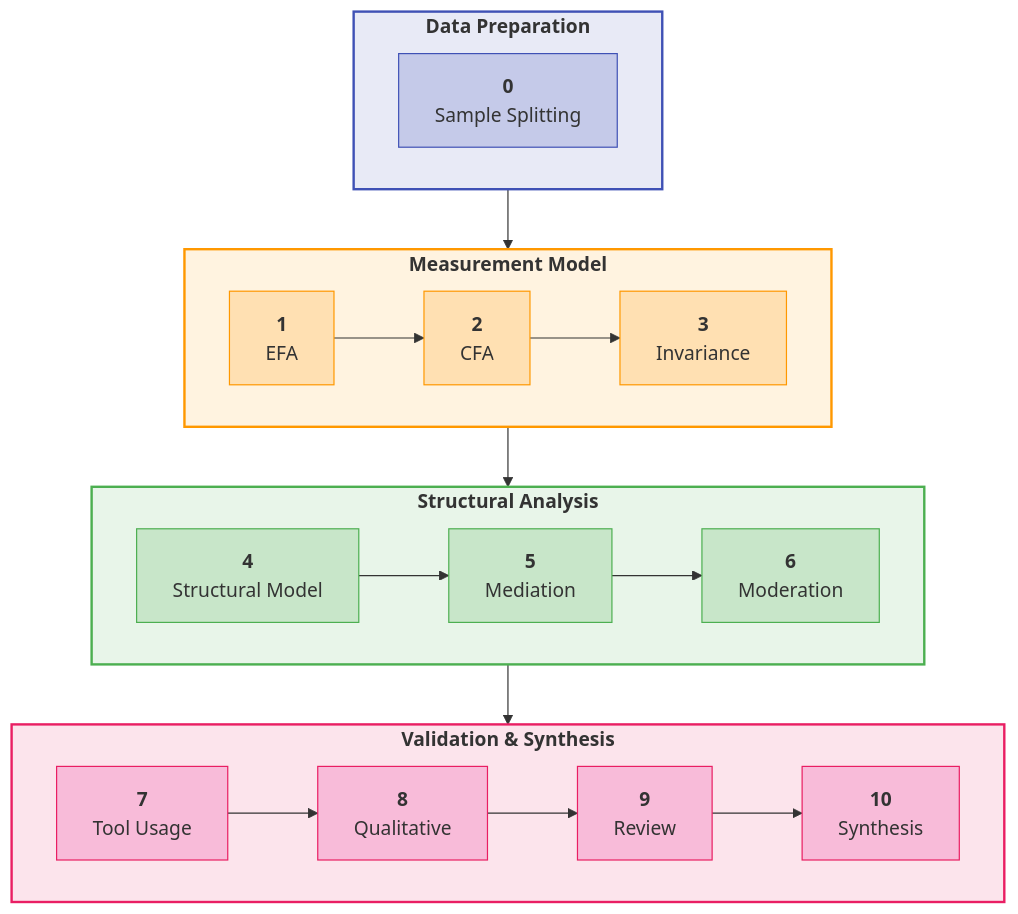
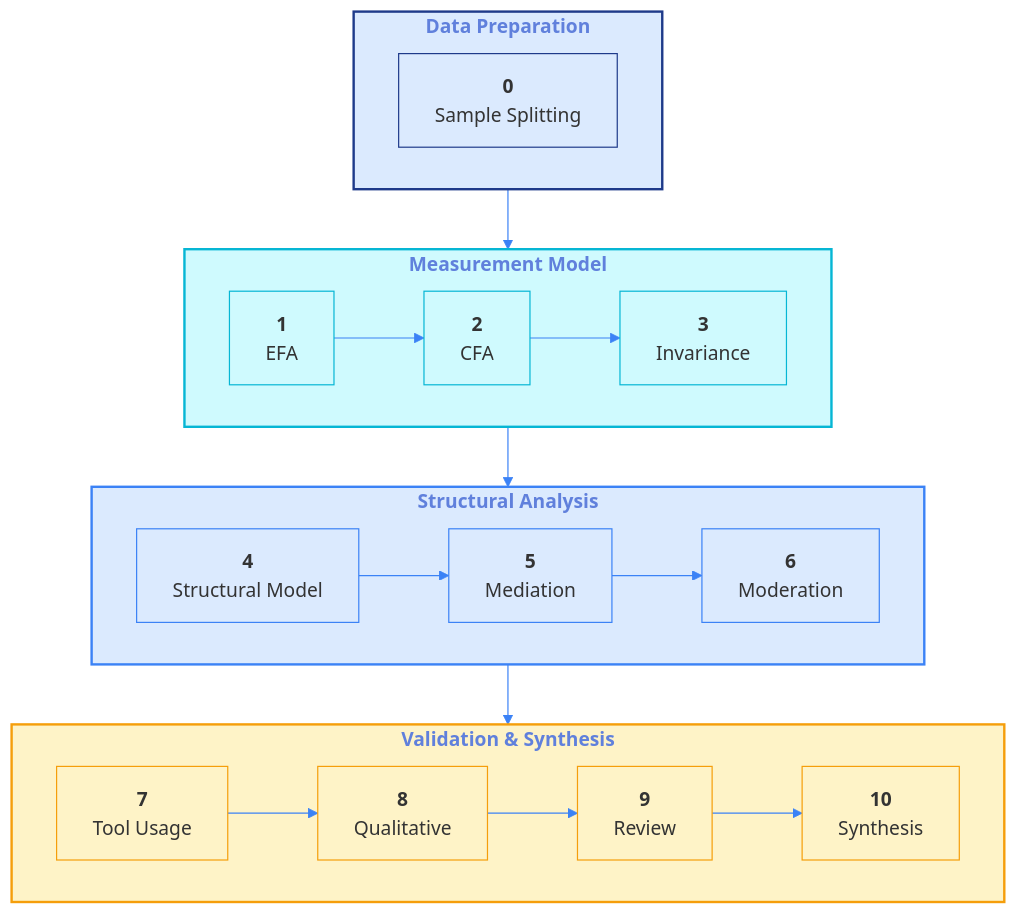
The first of 3 diagrams in thesis-v2/manuscript/chapters/03_methodology.md (fabioc-aloha/AIRS_Data_Analysis), drawn with Mermaid before and after one commit. The commit also changed other lines of this file and 13 other files, not shown here.

Commit message:
thesis-v2: apply project palette (#1e3a8a, #3b82f6, #06b6d4, #f59e0b) to Mermaid diagrams

````diff
--- a/thesis-v2/manuscript/chapters/03_methodology.md
+++ b/thesis-v2/manuscript/chapters/03_methodology.md
@@ -354,39 +354,40 @@
 ```mermaid
+%%{init: {'theme': 'base', 'themeVariables': {'primaryColor': '#1e3a8a', 'lineColor': '#3b82f6'}}}%%
 flowchart TB
     subgraph stage1["<b>Data Preparation</b>"]
         P0["<b>0</b><br/>Sample Splitting"]
     end
 
     subgraph stage2["<b>Measurement Model</b>"]
         direction LR
         P1["<b>1</b><br/>EFA"] --> P2["<b>2</b><br/>CFA"] --> P3["<b>3</b><br/>Invariance"]
     end
 
     subgraph stage3["<b>Structural Analysis</b>"]
         direction LR
         P4["<b>4</b><br/>Structural Model"] --> P5["<b>5</b><br/>Mediation"] --> P6["<b>6</b><br/>Moderation"]
     end
 
     subgraph stage4["<b>Validation & Synthesis</b>"]
         direction LR
         P7["<b>7</b><br/>Tool Usage"] --> P8["<b>8</b><br/>Qualitative"] --> P9["<b>9</b><br/>Review"] --> P10["<b>10</b><br/>Synthesis"]
     end
 
     stage1 --> stage2 --> stage3 --> stage4
 
-    style stage1 fill:#e8eaf6,stroke:#3f51b5,stroke-width:2px
-    style stage2 fill:#fff3e0,stroke:#ff9800,stroke-width:2px
-    style stage3 fill:#e8f5e9,stroke:#4caf50,stroke-width:2px
-    style stage4 fill:#fce4ec,stroke:#e91e63,stroke-width:2px
-    style P0 fill:#c5cae9,stroke:#3f51b5
-    style P1 fill:#ffe0b2,stroke:#ff9800
-    style P2 fill:#ffe0b2,stroke:#ff9800
-    style P3 fill:#ffe0b2,stroke:#ff9800
-    style P4 fill:#c8e6c9,stroke:#4caf50
-    style P5 fill:#c8e6c9,stroke:#4caf50
-    style P6 fill:#c8e6c9,stroke:#4caf50
-    style P7 fill:#f8bbd9,stroke:#e91e63
-    style P8 fill:#f8bbd9,stroke:#e91e63
-    style P9 fill:#f8bbd9,stroke:#e91e63
-    style P10 fill:#f8bbd9,stroke:#e91e63
+    style stage1 fill:#dbeafe,stroke:#1e3a8a,stroke-width:2px
+    style stage2 fill:#cffafe,stroke:#06b6d4,stroke-width:2px
+    style stage3 fill:#dbeafe,stroke:#3b82f6,stroke-width:2px
+    style stage4 fill:#fef3c7,stroke:#f59e0b,stroke-width:2px
+    style P0 fill:#dbeafe,stroke:#1e3a8a
+    style P1 fill:#cffafe,stroke:#06b6d4
+    style P2 fill:#cffafe,stroke:#06b6d4
+    style P3 fill:#cffafe,stroke:#06b6d4
+    style P4 fill:#dbeafe,stroke:#3b82f6
+    style P5 fill:#dbeafe,stroke:#3b82f6
+    style P6 fill:#dbeafe,stroke:#3b82f6
+    style P7 fill:#fef3c7,stroke:#f59e0b
+    style P8 fill:#fef3c7,stroke:#f59e0b
+    style P9 fill:#fef3c7,stroke:#f59e0b
+    style P10 fill:#fef3c7,stroke:#f59e0b
 ```
````
